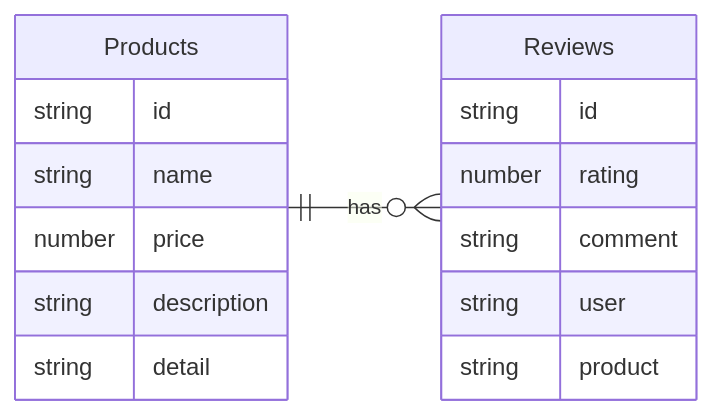
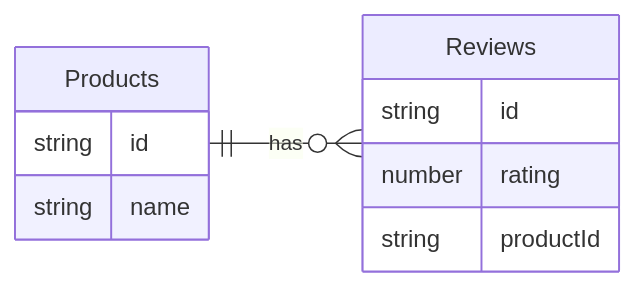
The third of 4 diagrams in docs/content/1.guides/1.data.md (aa900031/ginjou), drawn with Mermaid before and after one commit. The commit also changed other lines of this file and 173 other files, not shown here.

````diff
--- a/docs/content/1.guides/1.data.md
+++ b/docs/content/1.guides/1.data.md
@@ -333,19 +533,14 @@
 ```mermaid
 erDiagram
     direction LR
     Products ||--o{ Reviews : "has"
     Products {
         string id
         string name
-        number price
-        string description
-        string detail
     }
     Reviews {
         string id
         number rating
-        string comment
-        string user
-        string product
+        string productId
     }
 ```
````
